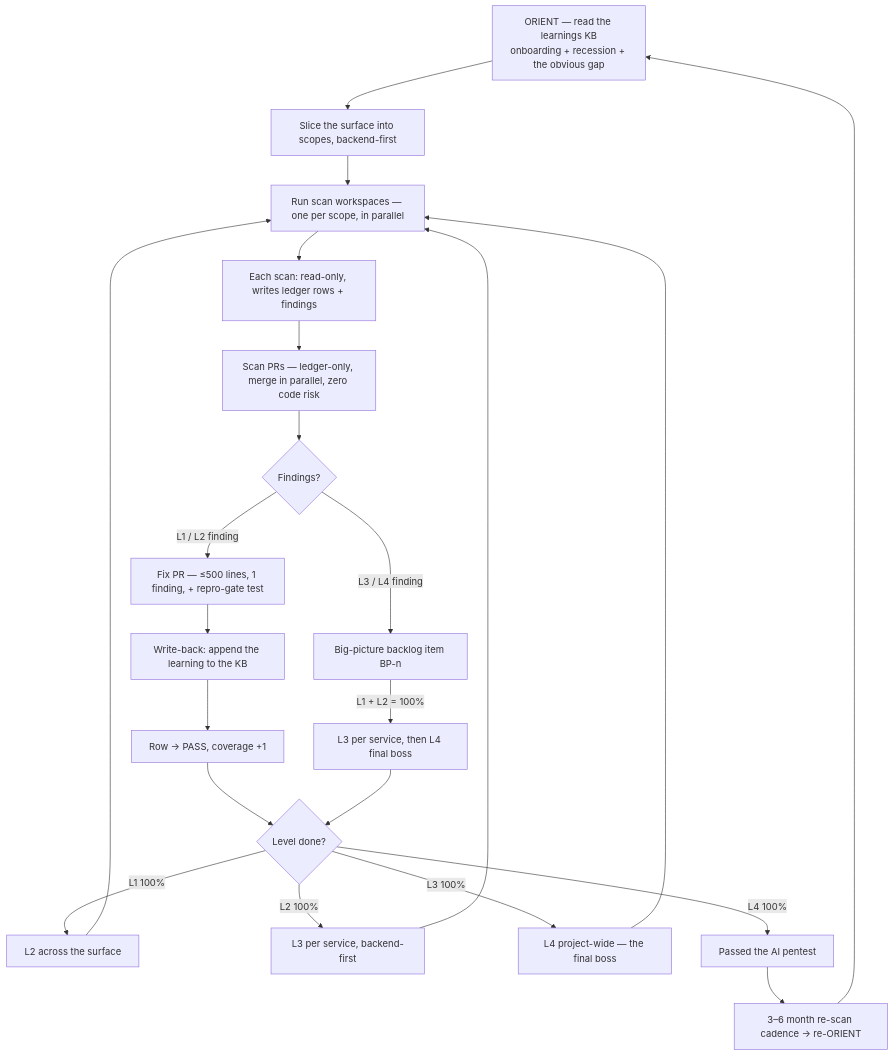
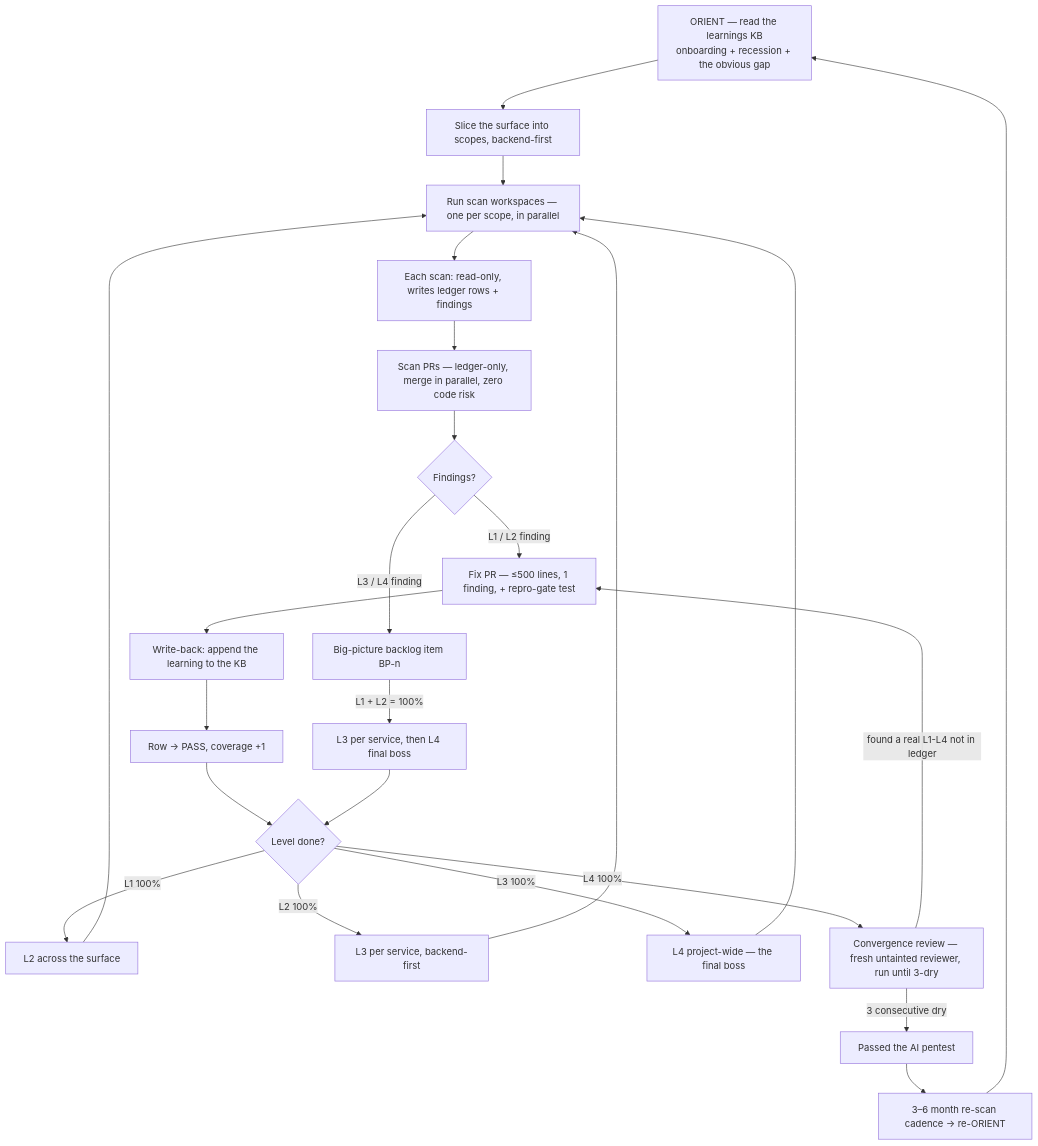
Before and after one commit to jacoby149/web10: the first of 2 diagrams in ai-pack/ai-security-theory/running-it/README.md, drawn with Mermaid. The commit also changed other lines of this file and 8 other files, not shown here.

First line of the commit message:
docs(ai-pack): convergence review (run until 3-dry) + model-upgrade ratchet + failed-exploit learnings

````diff
--- a/ai-pack/ai-security-theory/running-it/README.md
+++ b/ai-pack/ai-security-theory/running-it/README.md
@@ -12,24 +12,26 @@
 ```mermaid
 flowchart TD
     O[ORIENT — read the learnings KB<br/>onboarding + recession + the obvious gap] --> A[Slice the surface into scopes, backend-first]
     A --> B[Run scan workspaces — one per scope, in parallel]
     B --> C[Each scan: read-only, writes ledger rows + findings]
     C --> D[Scan PRs — ledger-only, merge in parallel, zero code risk]
     D --> E{Findings?}
     E -->|L1 / L2 finding| F[Fix PR — ≤500 lines, 1 finding, + repro-gate test]
     E -->|L3 / L4 finding| G[Big-picture backlog item BP-n]
     F --> W[Write-back: append the learning to the KB]
     W --> H[Row → PASS, coverage +1]
     G -->|L1 + L2 = 100%| I[L3 per service, then L4 final boss]
     H --> J{Level done?}
     I --> J
     J -->|L1 100%| K[L2 across the surface]
     J -->|L2 100%| M[L3 per service, backend-first]
     J -->|L3 100%| P[L4 project-wide — the final boss]
-    J -->|L4 100%| N[Passed the AI pentest]
+    J -->|L4 100%| CR[Convergence review — fresh untainted reviewer, run until 3-dry]
+    CR -->|found a real L1-L4 not in ledger| F
+    CR -->|3 consecutive dry| N[Passed the AI pentest]
     K --> B
     M --> B
     P --> B
     N --> O2[3–6 month re-scan cadence → re-ORIENT]
     O2 --> O
 ```
````
